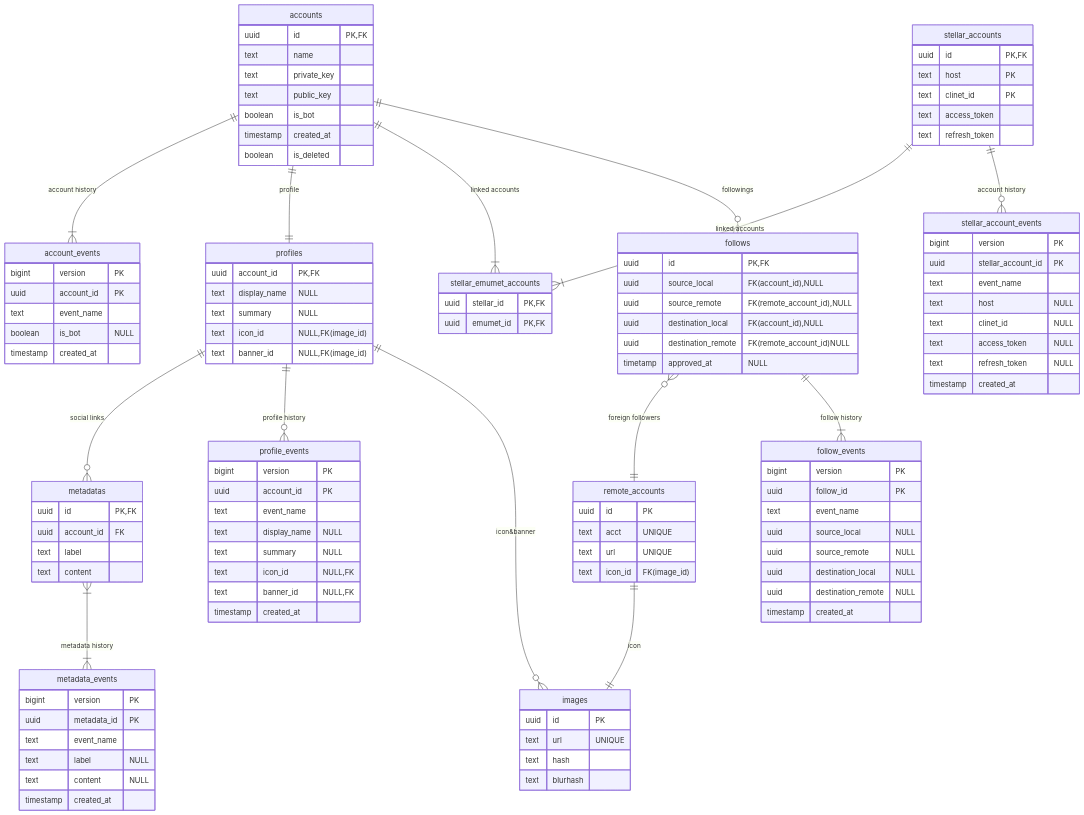
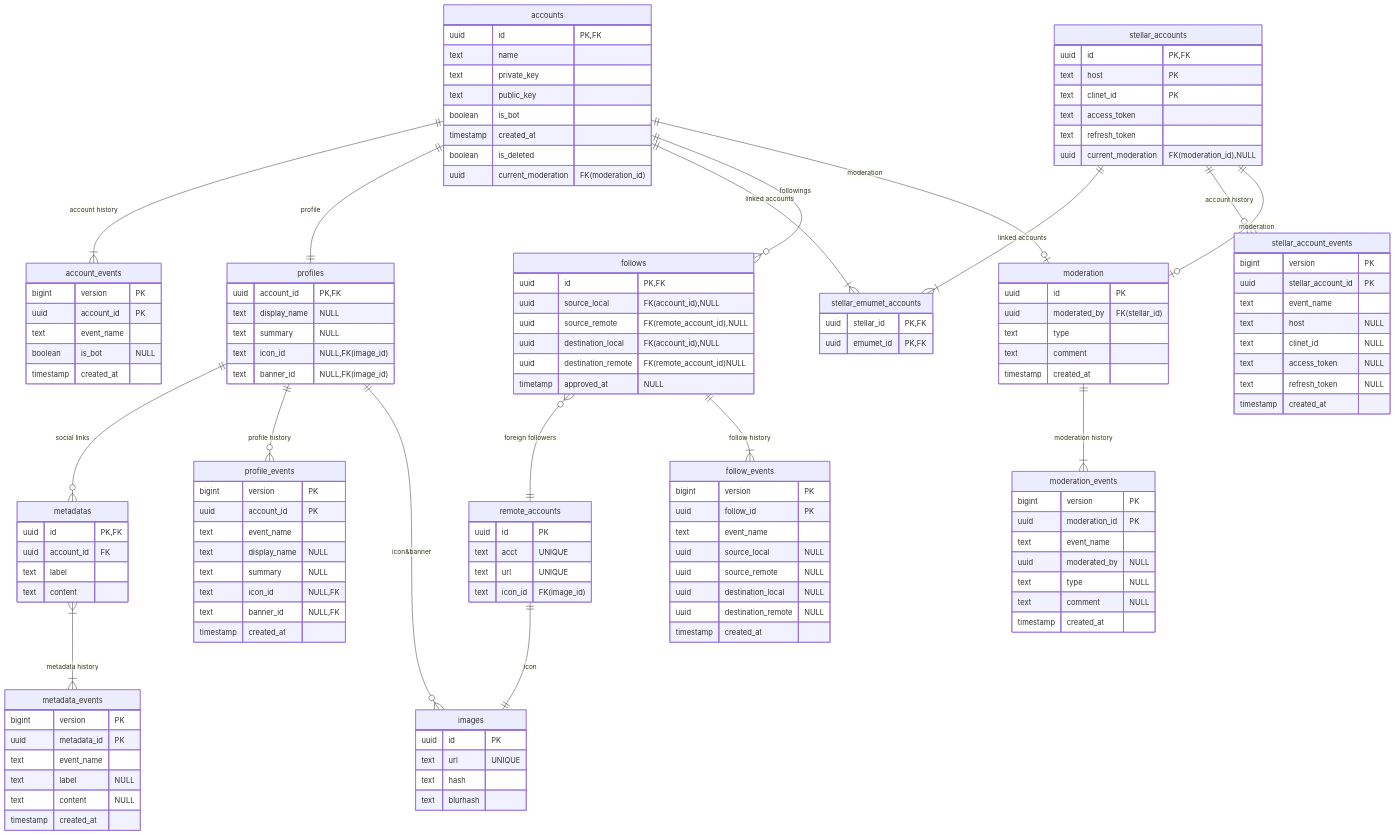
One commit to ShuttlePub/document changed the diagram in packages/document/docs/emumet/data-structure.md. Above: the diagram before and after it, drawn with Mermaid.

Commit message:
Add moderation table

````diff
--- a/packages/document/docs/emumet/data-structure.md
+++ b/packages/document/docs/emumet/data-structure.md
@@ -12,6 +12,7 @@
         boolean is_bot
         timestamp created_at
         boolean is_deleted
+        uuid current_moderation "FK(moderation_id)"
     }
     account_events {
         bigint version "PK"
@@ -57,6 +58,7 @@
         text clinet_id "PK"
         text access_token
         text refresh_token
+        uuid current_moderation "FK(moderation_id),NULL"
     }
     stellar_account_events {
         bigint version "PK"
@@ -102,6 +104,22 @@
         text hash
         text blurhash
     }
+    moderation {
+        uuid id "PK"
+        uuid moderated_by "FK(stellar_id)"
+        text type
+        text comment
+        timestamp created_at
+    }
+    moderation_events {
+        bigint version "PK"
+        uuid moderation_id "PK"
+        text event_name
+        uuid moderated_by "NULL"
+        text type "NULL"
+        text comment "NULL"
+        timestamp created_at
+    }
 
     accounts ||--|{ account_events: "account history"
     accounts ||--|| profiles: "profile"
@@ -116,4 +134,7 @@
     follows ||--|{ follow_events: "follow history"
     profiles ||--o{ images: "icon&banner"
     remote_accounts ||--|| images: "icon"
+    accounts ||--o| moderation: "moderation"
+    stellar_accounts ||--o| moderation: "moderation"
+    moderation ||--|{ moderation_events: "moderation history"
 ```
````
